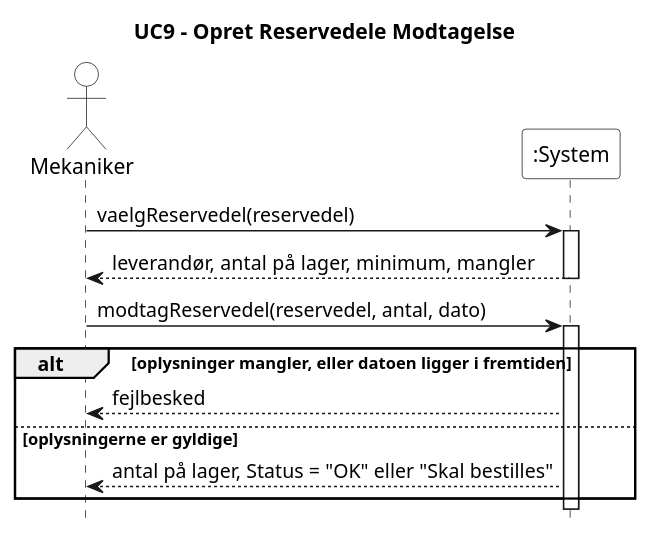
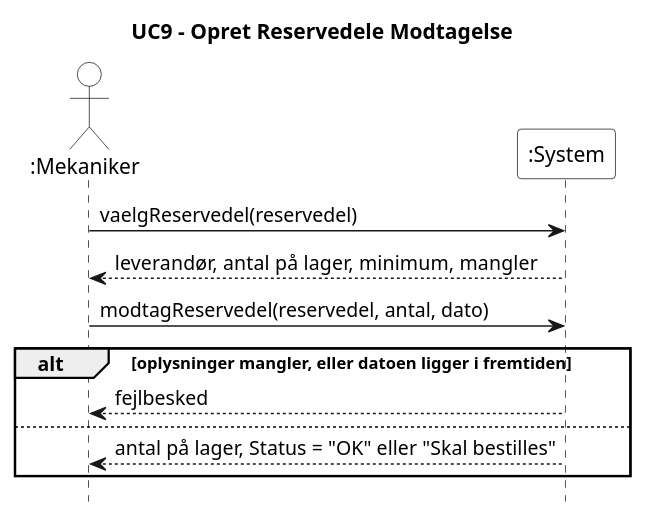
Before and after one commit to Zoabz/Getting-Real: the diagram in 4. System Sekvens Diagram/UC9_opret_reservedele_modtagelse.puml, drawn with PlantUML. The commit also changed 8 other files, not shown here.

```diff
--- a/4. System Sekvens Diagram/UC9_opret_reservedele_modtagelse.puml
+++ b/4. System Sekvens Diagram/UC9_opret_reservedele_modtagelse.puml
@@ -1,29 +1,29 @@
 @startuml
 title UC9 - Opret Reservedele Modtagelse
 hide footbox
 skinparam monochrome true
 skinparam shadowing false
 skinparam backgroundColor white
 skinparam actor {
   BackgroundColor white
 }
 skinparam participant {
   BackgroundColor white
 }
 
-actor Mekaniker
+actor ":Mekaniker"
 participant ":System" as System
 
-Mekaniker -> System : vaelgReservedel(reservedel)
-activate System
-System --> Mekaniker : leverandør, antal på lager, minimum, mangler
-deactivate System
-Mekaniker -> System : modtagReservedel(reservedel, antal, dato)
-activate System
+":Mekaniker" -> System : vaelgReservedel(reservedel)
+
+System --> ":Mekaniker" : leverandør, antal på lager, minimum, mangler
+
+":Mekaniker" -> System : modtagReservedel(reservedel, antal, dato)
+
 alt oplysninger mangler, eller datoen ligger i fremtiden
-  System --> Mekaniker : fejlbesked
-else oplysningerne er gyldige
-  System --> Mekaniker : antal på lager, Status = "OK" eller "Skal bestilles"
+  System --> ":Mekaniker" : fejlbesked
+else 
+  System --> ":Mekaniker" : antal på lager, Status = "OK" eller "Skal bestilles"
 end
-deactivate System
+
 @enduml
```
